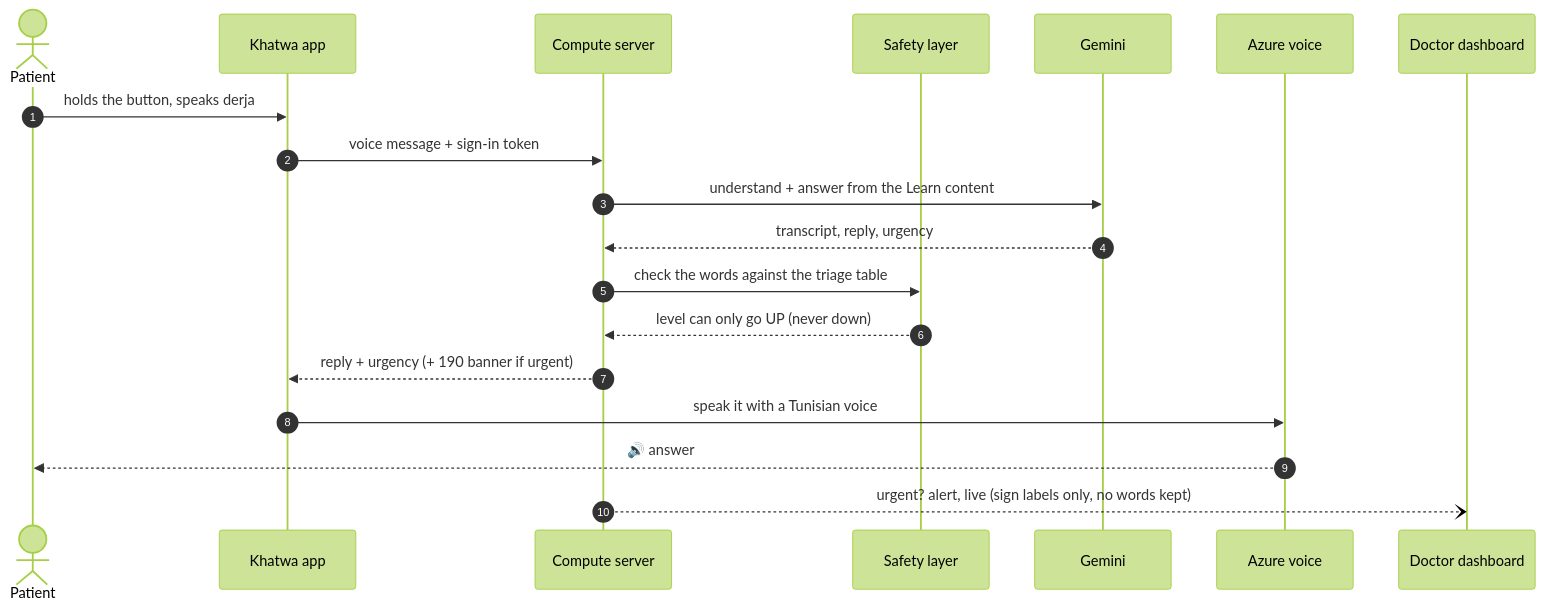
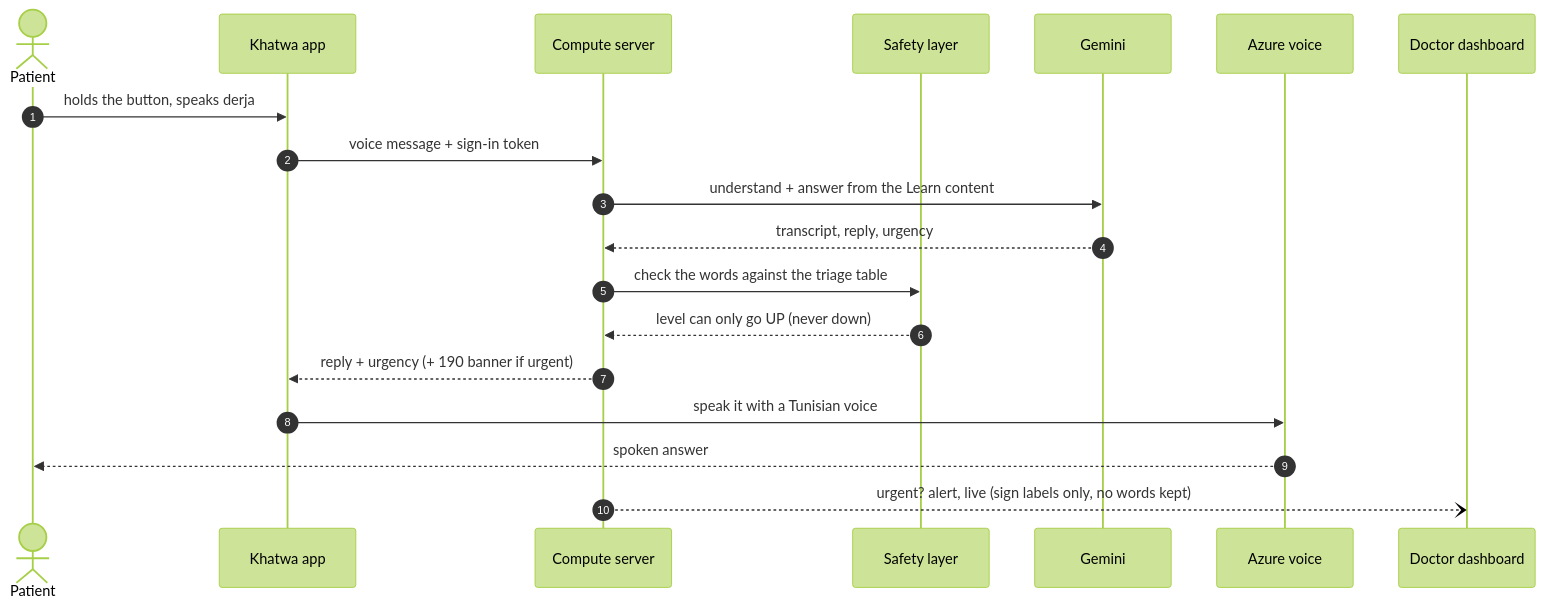
One commit to cybermo-bot/Khatwa changed the fourth of 5 diagrams in README.md. Above: the diagram before and after it, drawn with Mermaid (forest theme). The commit also changed other lines of this file, not shown here.

````diff
--- a/README.md
+++ b/README.md
@@ -153,21 +153,21 @@
 ```mermaid
 sequenceDiagram
     autonumber
     actor P as Patient
     participant App as Khatwa app
     participant S as Compute server
     participant L as Safety layer
     participant G as Gemini
     participant V as Azure voice
     participant Dr as Doctor dashboard
     P->>App: holds the button, speaks derja
     App->>S: voice message + sign-in token
     S->>G: understand + answer from the Learn content
     G-->>S: transcript, reply, urgency
     S->>L: check the words against the triage table
     L-->>S: level can only go UP (never down)
     S-->>App: reply + urgency (+ 190 banner if urgent)
     App->>V: speak it with a Tunisian voice
-    V-->>P: 🔊 answer
+    V-->>P: spoken answer
     S--)Dr: urgent? alert, live (sign labels only, no words kept)
 ```
````
